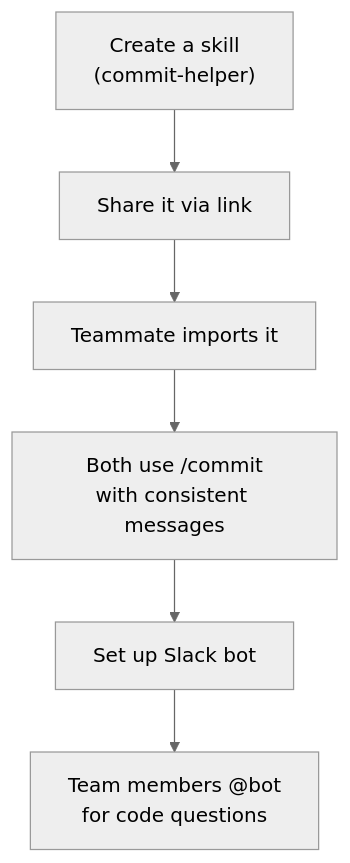
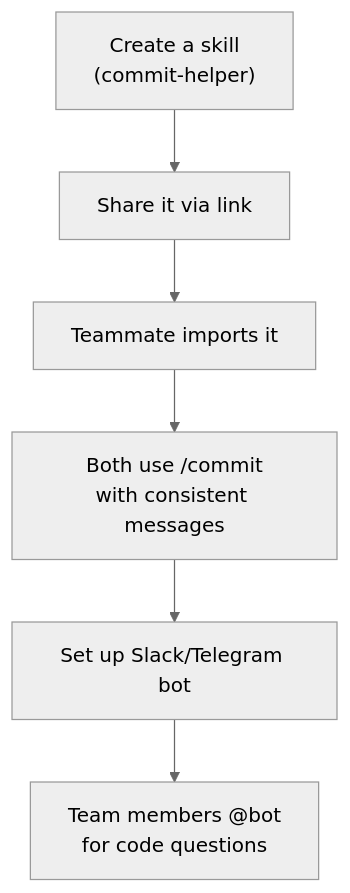
The fourth of 4 diagrams in 10-openwork/README.md (dxvidparham/opencode-primer), drawn with Mermaid (neutral theme) before and after one commit. The commit also changed other lines of this file, not shown here.

````diff
--- a/10-openwork/README.md
+++ b/10-openwork/README.md
@@ -605,8 +729,8 @@
 ```mermaid
 flowchart TD
   A["Create a skill\n(commit-helper)"] --> B["Share it via link"]
   B --> C["Teammate imports it"]
   C --> D["Both use /commit\nwith consistent messages"]
-  D --> E["Set up Slack bot"]
+  D --> E["Set up Slack/Telegram bot"]
   E --> F["Team members @bot\nfor code questions"]
 ```
````
